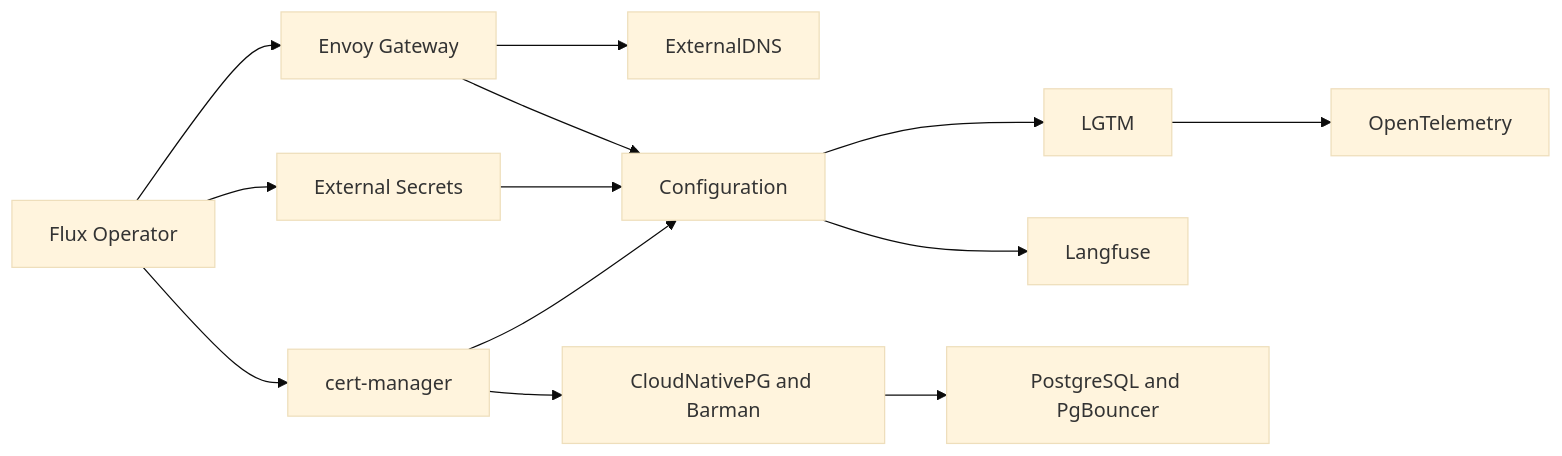
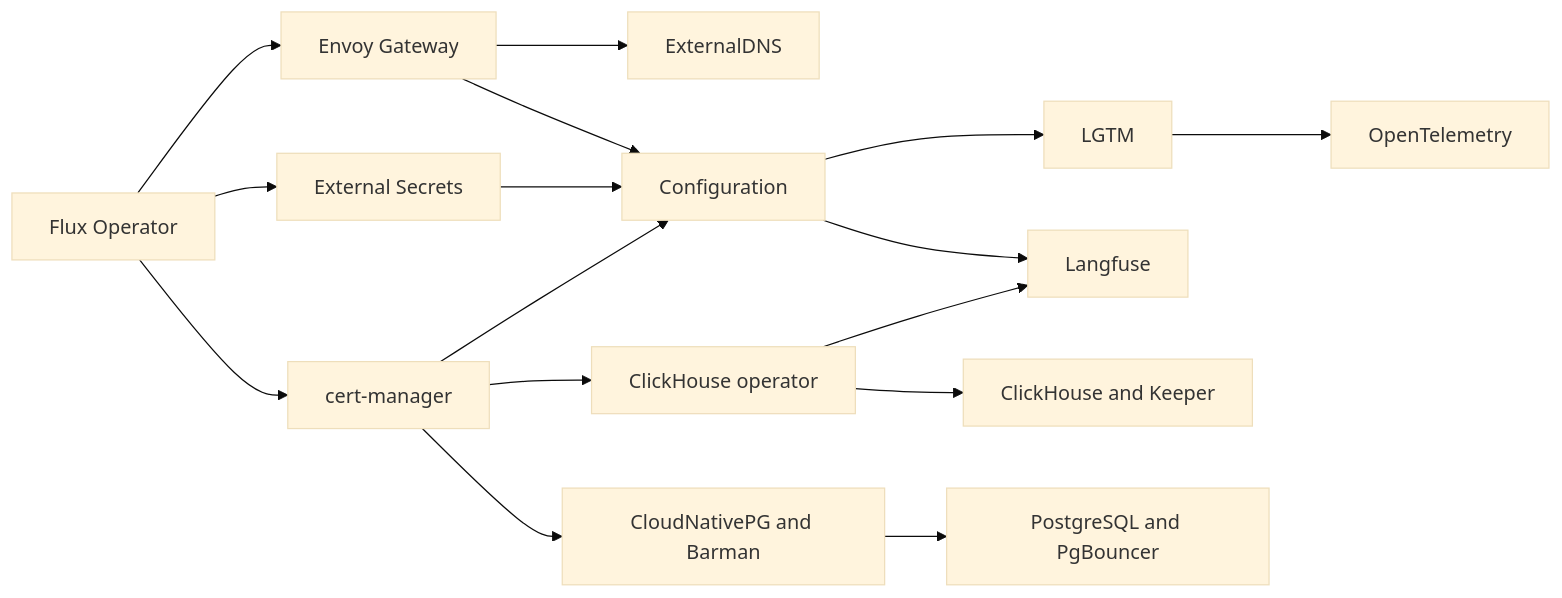
Before and after one commit to ai-platform-portfolio/gitops: the diagram in README.md, drawn with Mermaid (base theme). The commit also changed other lines of this file and 11 other files, not shown here.

````diff
--- a/README.md
+++ b/README.md
@@ -42,15 +42,18 @@
 ```mermaid
 flowchart LR
   A[Flux Operator] --> E[Envoy Gateway]
   A --> S[External Secrets]
   A --> C[cert-manager]
   E --> D[ExternalDNS]
   E --> F[Configuration]
   S --> F
   C --> F
   F --> L[LGTM]
   L --> O[OpenTelemetry]
   F --> LF[Langfuse]
+  C --> CHO[ClickHouse operator]
+  CHO --> CH[ClickHouse and Keeper]
+  CHO --> LF
   C --> P[CloudNativePG and Barman]
   P --> DB[PostgreSQL and PgBouncer]
 ```
````
